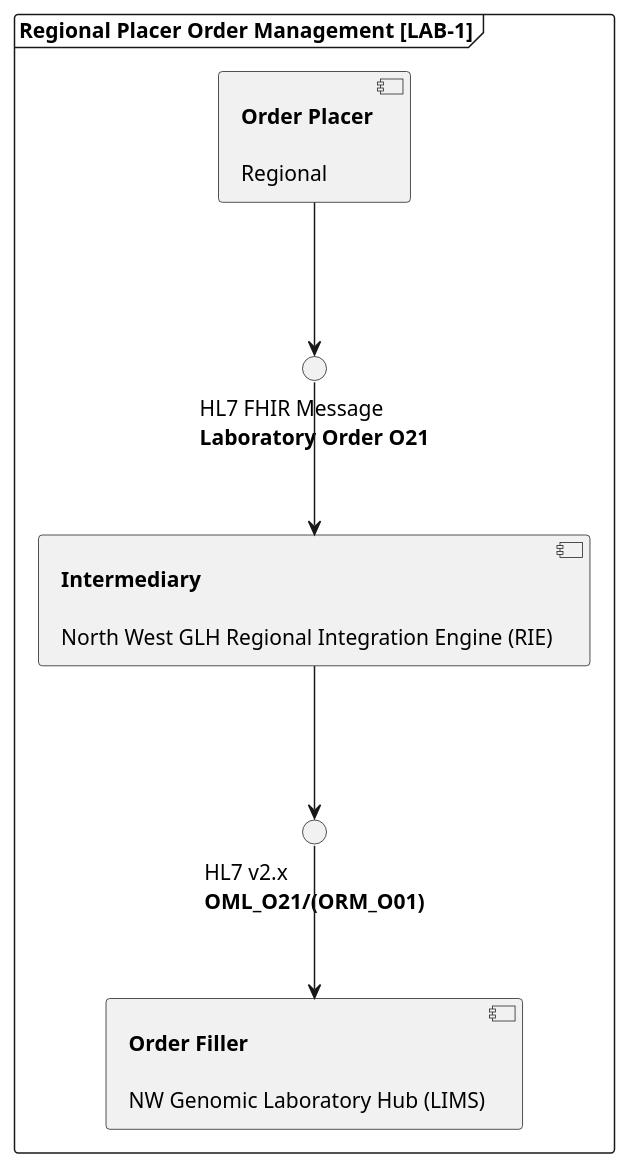
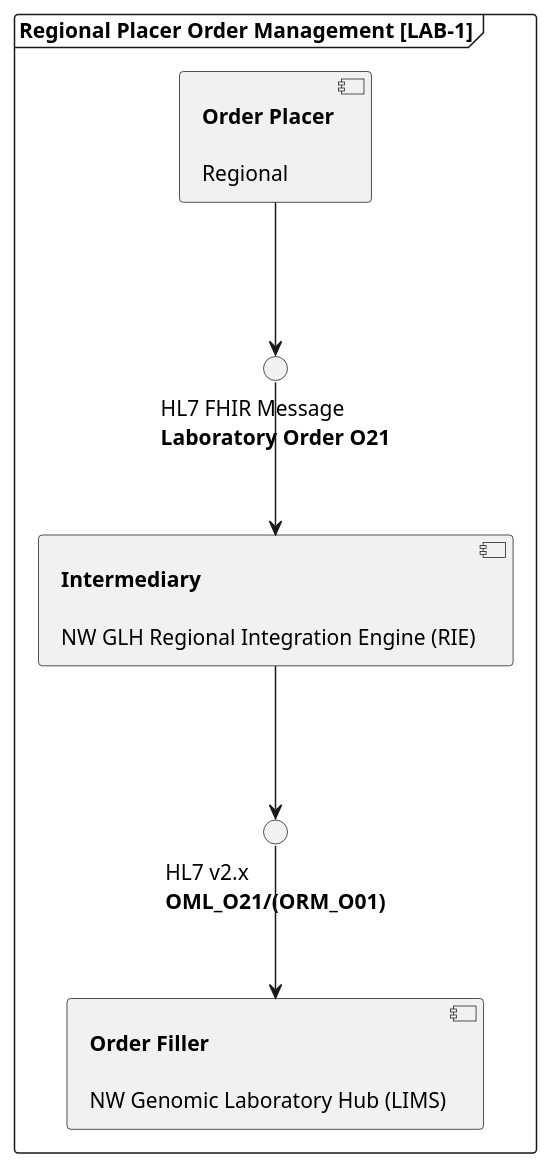
The diagram in input/images-source/LAB1-component.plantuml (nw-gmsa/nw-gmsa.github.com), drawn with PlantUML before and after one commit. The commit also changed 3 other files, not shown here.

```diff
--- a/input/images-source/LAB1-component.plantuml
+++ b/input/images-source/LAB1-component.plantuml
@@ -1,24 +1,24 @@
 @startuml
 
 frame "Regional Placer Order Management [LAB-1]" as LAB1 {
   component "**Order Filler**\n\nNW Genomic Laboratory Hub (LIMS)" as LIMS
   component "**Order Placer**\n\nRegional" as EPR
-  component "**Intermediary**\n\nNorth West GLH Regional Integration Engine (RIE)" as TIE
+  component "**Intermediary**\n\nNW GLH Regional Integration Engine (RIE)" as TIE
 
  interface "HL7 FHIR Message\n**Laboratory Order O21**" as HL7_ORM1
 
  interface "HL7 v2.x\n**OML_O21/(ORM_O01)**" as HL7_ORM2
 
 
   EPR -d-> HL7_ORM1
   HL7_ORM1 -d-> TIE
   TIE -d-> HL7_ORM2
 }
 
 
 
 HL7_ORM2 -d-> LIMS
 
 
 
 @enduml
```
